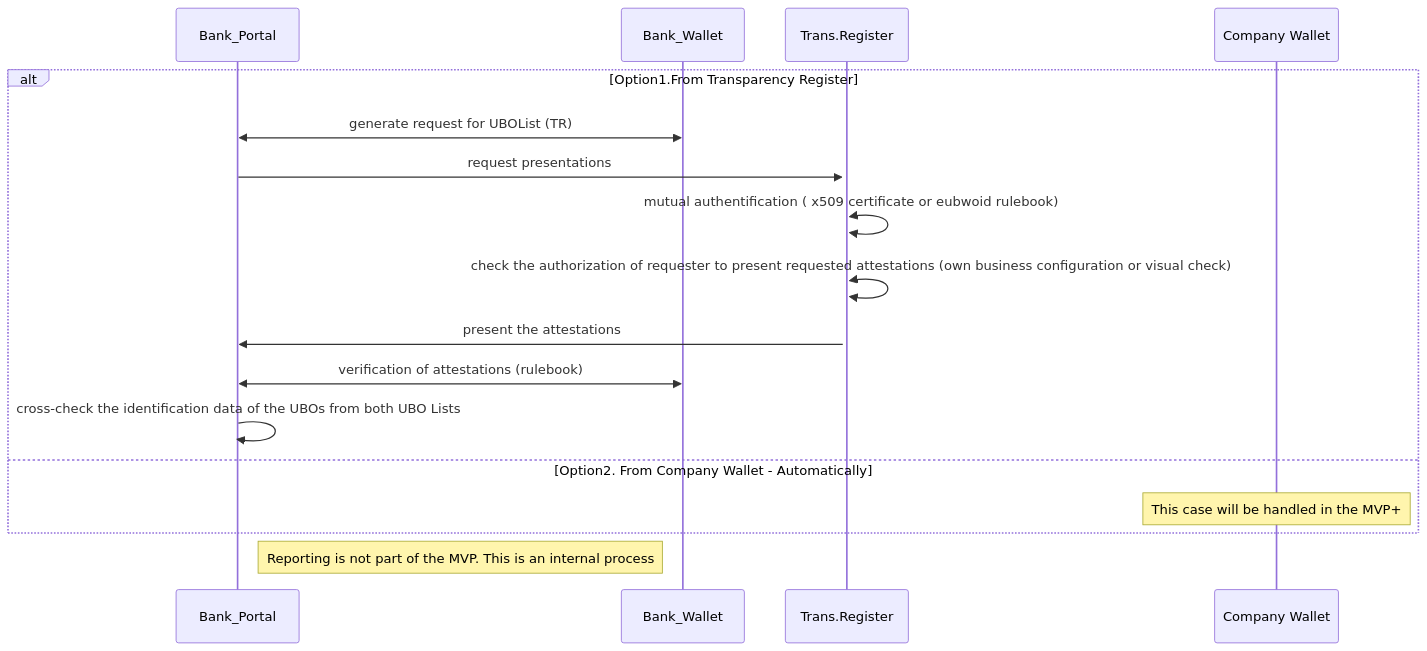
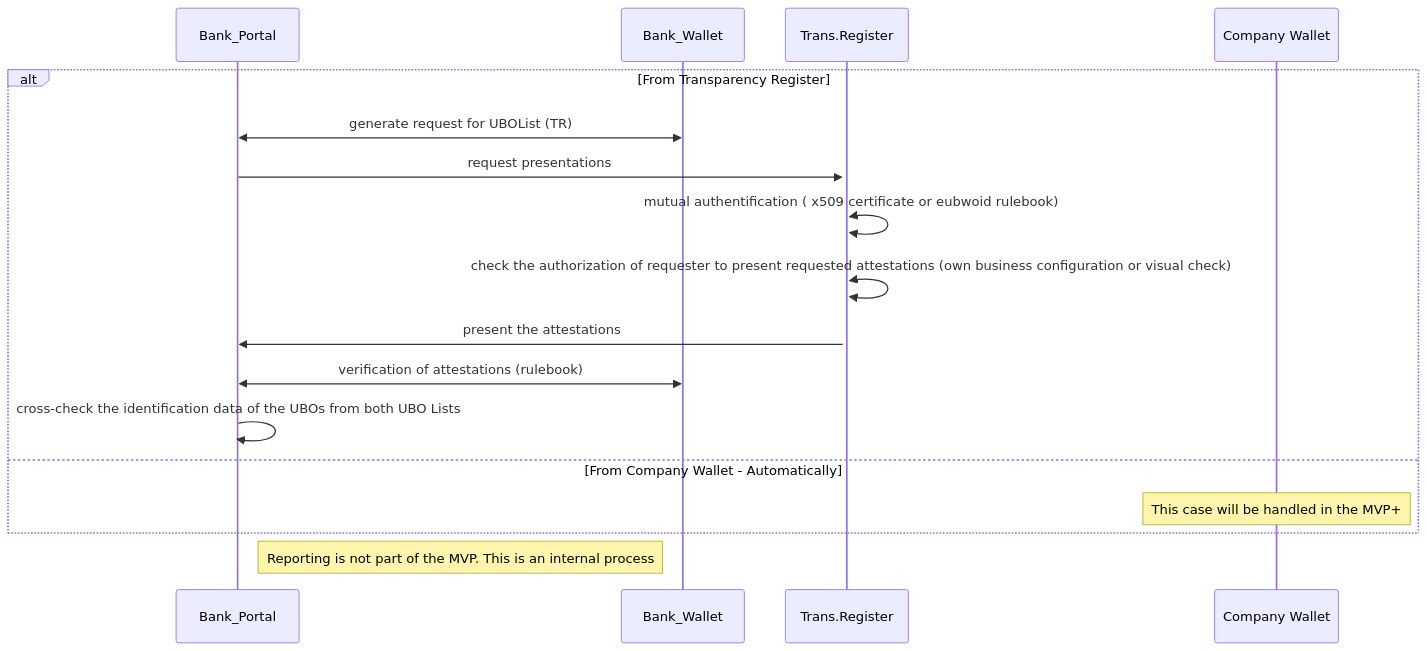
One commit to DominicHurni/wp3-technology-standards changed the seventh of 11 diagrams in PA3/PA3_MVP.md. Above: the diagram before and after it, drawn with Mermaid. The commit also changed other lines of this file and 2 other files, not shown here.

````diff
--- a/PA3/PA3_MVP.md
+++ b/PA3/PA3_MVP.md
@@ -149,15 +144,15 @@
 ```mermaid
 sequenceDiagram
-    alt Option1.From Transparency Register
+    alt From Transparency Register
         Bank_Portal<<->>Bank_Wallet: generate request for UBOList (TR)
         Bank_Portal->>+Trans.Register: request presentations
         Trans.Register<<->>Trans.Register: mutual authentification ( x509 certificate or eubwoid rulebook)
         Trans.Register<<->>Trans.Register: check the authorization of requester to present requested attestations (own business configuration or visual check)
         Trans.Register->>Bank_Portal: present the attestations
         Bank_Portal<<->>Bank_Wallet: verification of attestations (rulebook)
         Bank_Portal->>Bank_Portal: cross-check the identification data of the UBOs from both UBO Lists
-    else Option2. From Company Wallet - Automatically
+    else From Company Wallet - Automatically
         Note over Company Wallet: This case will be handled in the MVP+
     end
     Note right of Bank_Portal: Reporting is not part of the MVP. This is an internal process
 ```
````
